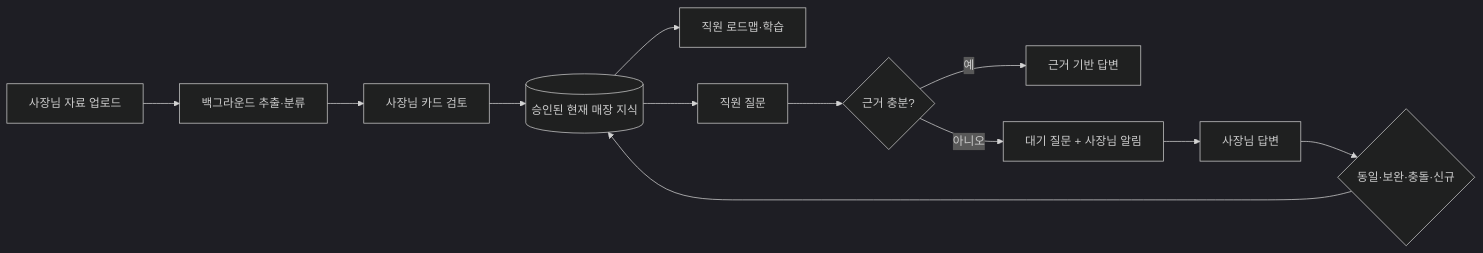
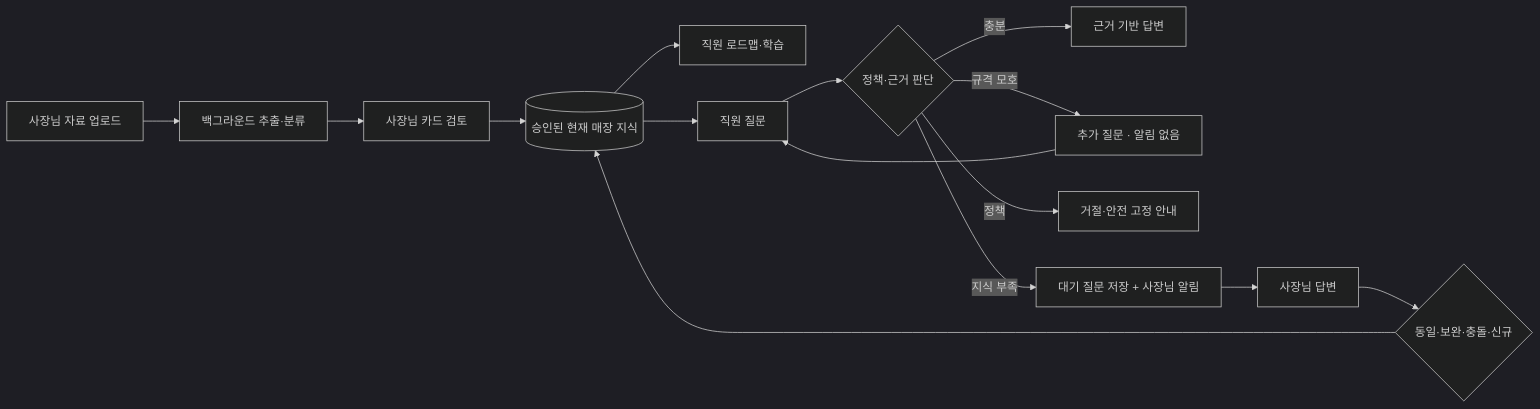
One commit to 2026-Unithon/AskBuddy changed the first of 2 diagrams in docs/ASKBUDDY_MVP_CURRENT.md. Above: the diagram before and after it, drawn with Mermaid (dark theme). The commit also changed other lines of this file and 4 other files, not shown here.

````diff
--- a/docs/ASKBUDDY_MVP_CURRENT.md
+++ b/docs/ASKBUDDY_MVP_CURRENT.md
@@ -86,14 +87,17 @@
 ```mermaid
 flowchart LR
   O[사장님 자료 업로드] --> J[백그라운드 추출·분류]
   J --> R[사장님 카드 검토]
   R --> K[(승인된 현재 매장 지식)]
   K --> L[직원 로드맵·학습]
   K --> Q[직원 질문]
-  Q --> G{근거 충분?}
-  G -->|예| A[근거 기반 답변]
-  G -->|아니오| P[대기 질문 + 사장님 알림]
+  Q --> G{정책·근거 판단}
+  G -->|충분| A[근거 기반 답변]
+  G -->|규격 모호| CL[추가 질문 · 알림 없음]
+  CL --> Q
+  G -->|정책| PL[거절·안전 고정 안내]
+  G -->|지식 부족| P[대기 질문 저장 + 사장님 알림]
   P --> OA[사장님 답변]
   OA --> C{동일·보완·충돌·신규}
   C --> K
 ```
````
